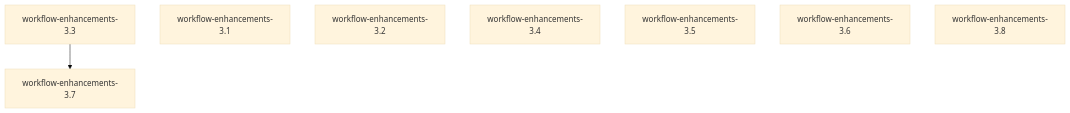
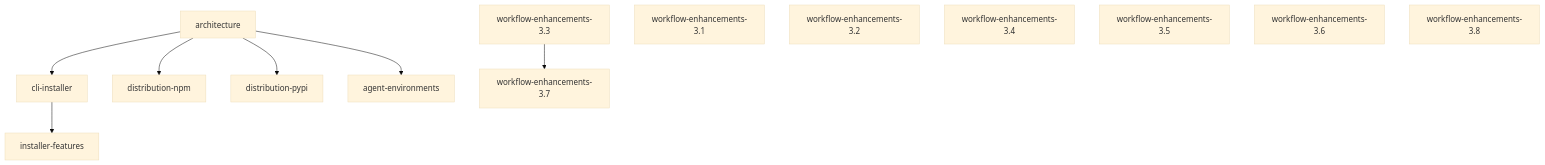
One commit to teratron/magic-spec changed the diagram in .design/PLAN.md. Above: the diagram before and after it, drawn with Mermaid (base theme). The commit also changed other lines of this file and 14 other files, not shown here.

````diff
--- a/.design/PLAN.md
+++ b/.design/PLAN.md
@@ -15,10 +15,20 @@
 ```mermaid
 graph TD
+    %% Phase 1
+    architecture --> cli-installer
+    architecture --> distribution-npm
+    architecture --> distribution-pypi
+    architecture --> agent-environments
+    
+    %% Phase 2
+    cli-installer --> installer-features
+    
+    %% Phase 3
     workflow-enhancements-3.3 --> workflow-enhancements-3.7
     workflow-enhancements-3.1
     workflow-enhancements-3.2
     workflow-enhancements-3.4
     workflow-enhancements-3.5
     workflow-enhancements-3.6
     workflow-enhancements-3.8
 ```
````
